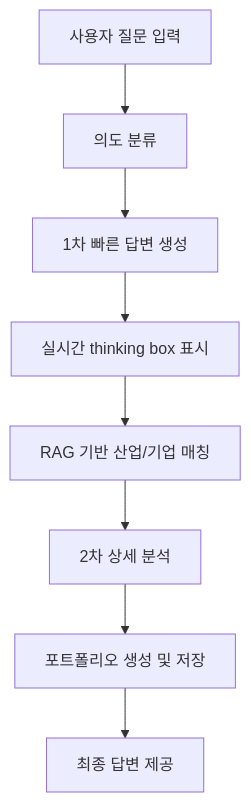
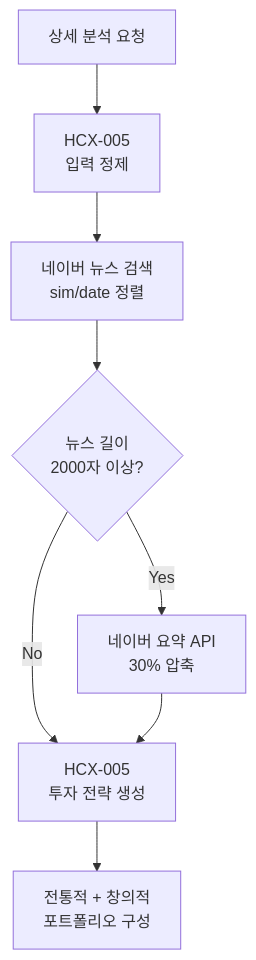
One commit to Plokies-2/AIfestival changed the second of 4 diagrams in README.md. Above: the diagram before and after it, drawn with Mermaid. The commit also changed other lines of this file and 12 other files, not shown here.

````diff
--- a/README.md
+++ b/README.md
@@ -99,10 +148,10 @@
 ```mermaid
 graph TD
-    A[사용자 질문 입력] --> B[의도 분류]
-    B --> C[1차 빠른 답변 생성]
-    C --> D[실시간 thinking box 표시]
-    D --> E[RAG 기반 산업/기업 매칭]
-    E --> F[2차 상세 분석]
-    F --> G[포트폴리오 생성 및 저장]
-    G --> H[최종 답변 제공]
+    A[상세 분석 요청] --> B[HCX-005<br/>입력 정제]
+    B --> C[네이버 뉴스 검색<br/>sim/date 정렬]
+    C --> D{뉴스 길이<br/>2000자 이상?}
+    D -->|Yes| E[네이버 요약 API<br/>30% 압축]
+    D -->|No| F[HCX-005<br/>투자 전략 생성]
+    E --> F
+    F --> G[전통적 + 창의적<br/>포트폴리오 구성]
 ```
````
